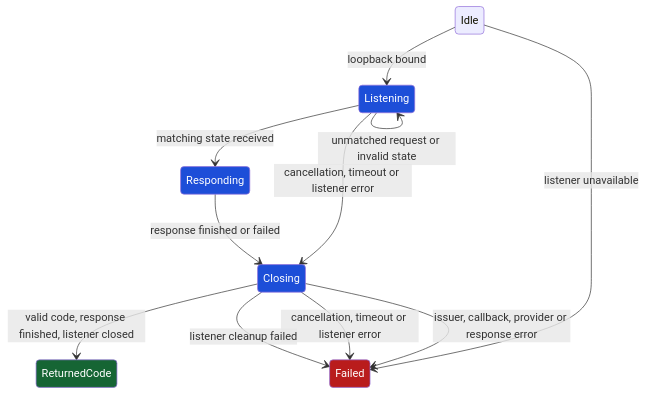
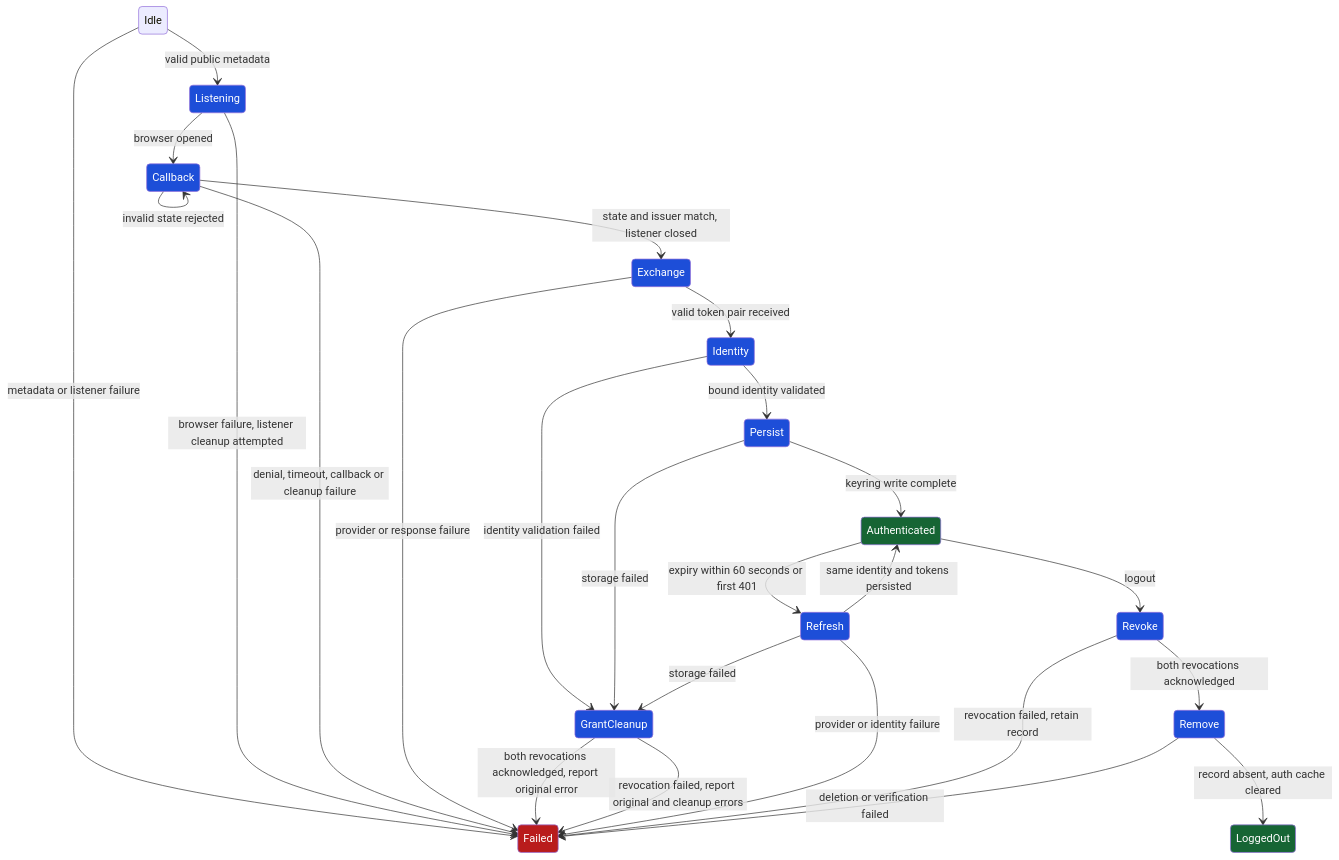
Before and after one commit to dedalus-labs/dedalus-cli: the second of 2 diagrams in src/auth/README.md, drawn with Mermaid. The commit also changed other lines of this file, not shown here.

Commit message:
docs(auth): define the public cli contract

````diff
--- a/src/auth/README.md
+++ b/src/auth/README.md
@@ -70,19 +139,33 @@
 ```mermaid
 stateDiagram-v2
     classDef active fill:#1d4ed8,color:#fff
     classDef success fill:#166534,color:#fff
     classDef error fill:#b91c1c,color:#fff
-    Idle --> Listening: loopback bound
-    Idle --> Failed: listener unavailable
-    Listening --> Listening: unmatched request or invalid state
-    Listening --> Responding: matching state received
-    Listening --> Closing: cancellation, timeout or listener error
-    Responding --> Closing: response finished or failed
-    Closing --> ReturnedCode: valid code, response finished, listener closed
-    Closing --> Failed: issuer, callback, provider or response error
-    Closing --> Failed: cancellation, timeout or listener error
-    Closing --> Failed: listener cleanup failed
-    class Listening,Responding,Closing active
-    class ReturnedCode success
+    Idle --> Listening: valid public metadata
+    Idle --> Failed: metadata or listener failure
+    Listening --> Callback: browser opened
+    Listening --> Failed: browser failure, listener cleanup attempted
+    Callback --> Callback: invalid state rejected
+    Callback --> Exchange: state and issuer match, listener closed
+    Callback --> Failed: denial, timeout, callback or cleanup failure
+    Exchange --> Identity: valid token pair received
+    Exchange --> Failed: provider or response failure
+    Identity --> Persist: bound identity validated
+    Identity --> GrantCleanup: identity validation failed
+    Persist --> Authenticated: keyring write complete
+    Persist --> GrantCleanup: storage failed
+    GrantCleanup --> Failed: both revocations acknowledged, report original error
+    GrantCleanup --> Failed: revocation failed, report original and cleanup errors
+    Authenticated --> Refresh: expiry within 60 seconds or first 401
+    Refresh --> Authenticated: same identity and tokens persisted
+    Refresh --> GrantCleanup: storage failed
+    Refresh --> Failed: provider or identity failure
+    Authenticated --> Revoke: logout
+    Revoke --> Remove: both revocations acknowledged
+    Revoke --> Failed: revocation failed, retain record
+    Remove --> LoggedOut: record absent, auth cache cleared
+    Remove --> Failed: deletion or verification failed
+    class Listening,Callback,Exchange,Identity,Persist,GrantCleanup,Refresh,Revoke,Remove active
+    class Authenticated,LoggedOut success
     class Failed error
 ```
````
